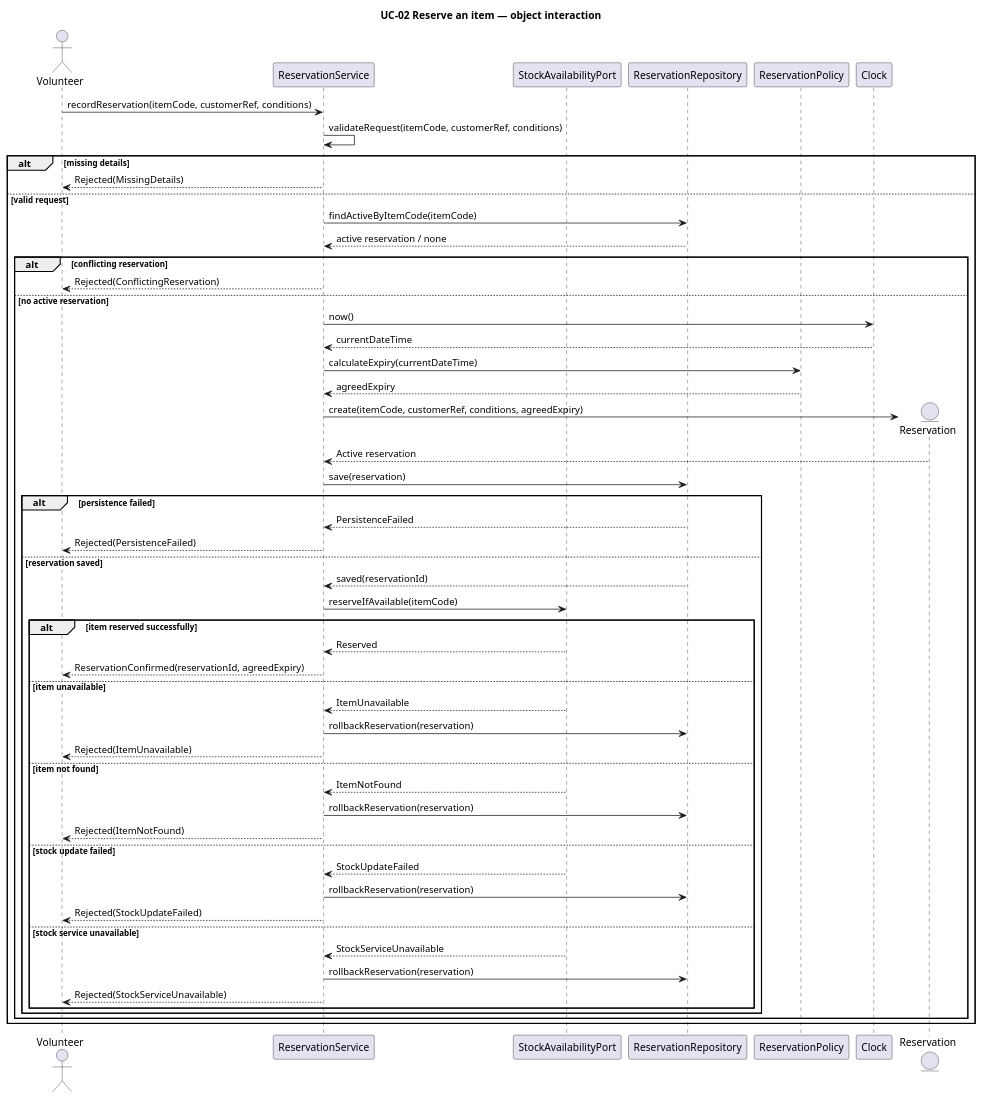
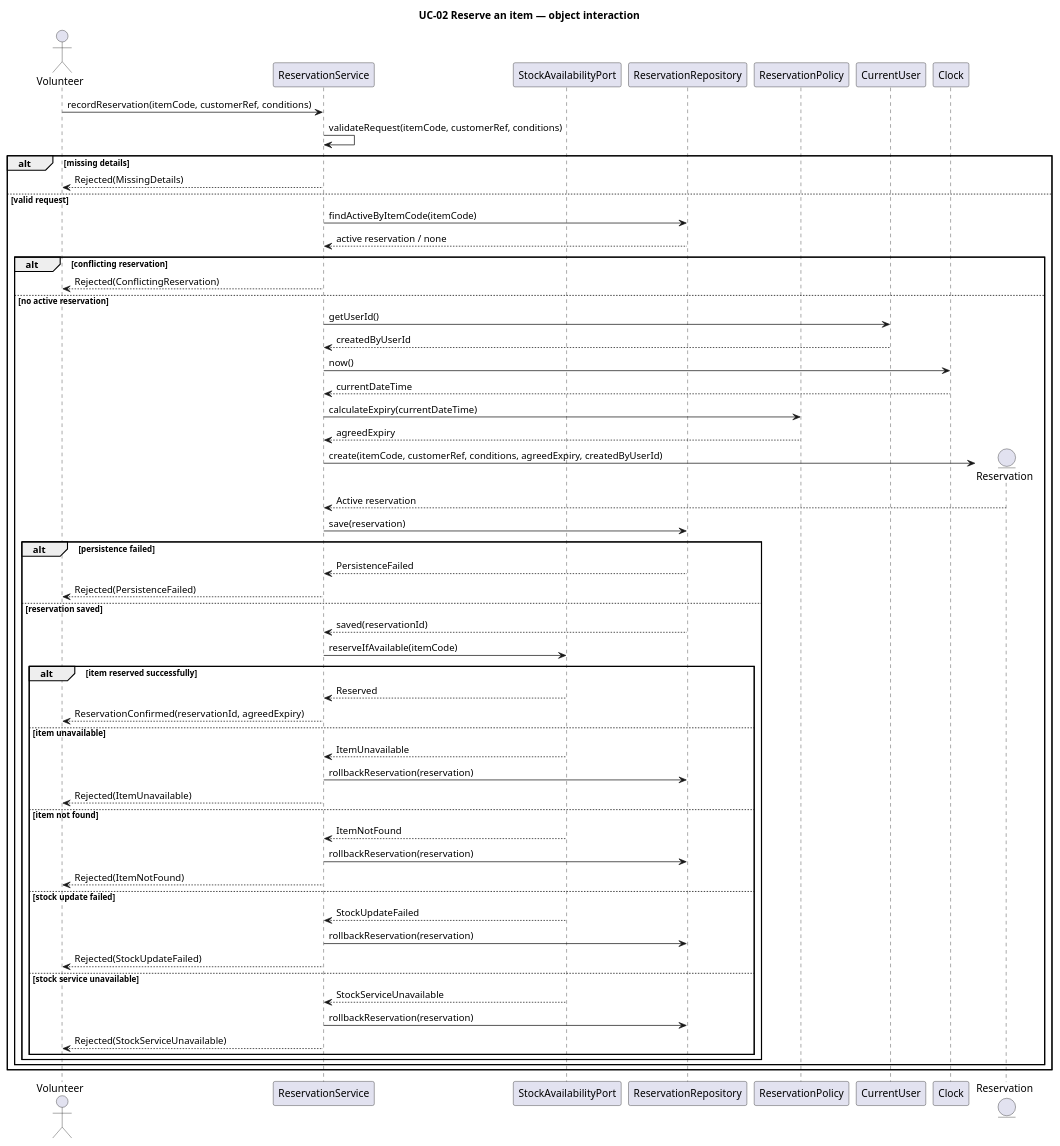
Before and after one commit to Mykola-Rubliuk/LocalCraftMarketplace: the diagram in ca2-analysis/slices/slice-1/sequence/Reserve-Item.puml, drawn with PlantUML. The commit also changed 33 other files, not shown here.

First line of the commit message:
Add shared CurrentUser decision (D-CA2-20)

```diff
--- a/ca2-analysis/slices/slice-1/sequence/Reserve-Item.puml
+++ b/ca2-analysis/slices/slice-1/sequence/Reserve-Item.puml
@@ -2,76 +2,80 @@
 @startuml
 
 title UC-02 Reserve an item — object interaction
 
 actor Volunteer
 participant ReservationService
 participant StockAvailabilityPort as Stock
 participant ReservationRepository as Repo
 participant ReservationPolicy as Policy
+participant CurrentUser as User
 participant Clock
 entity Reservation
 
 Volunteer -> ReservationService: recordReservation(itemCode, customerRef, conditions)
 
 ReservationService -> ReservationService: validateRequest(itemCode, customerRef, conditions)
 
 alt missing details
     ReservationService --> Volunteer: Rejected(MissingDetails)
 else valid request
 
     ReservationService -> Repo: findActiveByItemCode(itemCode)
     Repo --> ReservationService: active reservation / none
 
     alt conflicting reservation
         ReservationService --> Volunteer: Rejected(ConflictingReservation)
     else no active reservation
 
+        ReservationService -> User: getUserId()
+        User --> ReservationService: createdByUserId
+
         ReservationService -> Clock: now()
         Clock --> ReservationService: currentDateTime
 
         ReservationService -> Policy: calculateExpiry(currentDateTime)
         Policy --> ReservationService: agreedExpiry
 
         create Reservation
-        ReservationService -> Reservation: create(itemCode, customerRef, conditions, agreedExpiry)
+        ReservationService -> Reservation: create(itemCode, customerRef, conditions, agreedExpiry, createdByUserId)
         Reservation --> ReservationService: Active reservation
 
         ReservationService -> Repo: save(reservation)
         
         alt persistence failed
             Repo --> ReservationService: PersistenceFailed
             ReservationService --> Volunteer: Rejected(PersistenceFailed)
         else reservation saved
             Repo --> ReservationService: saved(reservationId)
 
             ReservationService -> Stock: reserveIfAvailable(itemCode)
 
             alt item reserved successfully
                 Stock --> ReservationService: Reserved
                 ReservationService --> Volunteer: ReservationConfirmed(reservationId, agreedExpiry)
 
             else item unavailable
                 Stock --> ReservationService: ItemUnavailable
                 ReservationService -> Repo: rollbackReservation(reservation)
                 ReservationService --> Volunteer: Rejected(ItemUnavailable)
 
             else item not found
                 Stock --> ReservationService: ItemNotFound
                 ReservationService -> Repo: rollbackReservation(reservation)
                 ReservationService --> Volunteer: Rejected(ItemNotFound)
 
             else stock update failed
                 Stock --> ReservationService: StockUpdateFailed
                 ReservationService -> Repo: rollbackReservation(reservation)
                 ReservationService --> Volunteer: Rejected(StockUpdateFailed)
 
             else stock service unavailable
                 Stock --> ReservationService: StockServiceUnavailable
                 ReservationService -> Repo: rollbackReservation(reservation)
                 ReservationService --> Volunteer: Rejected(StockServiceUnavailable)
             end
         end
     end
 end
 
 @enduml
```
